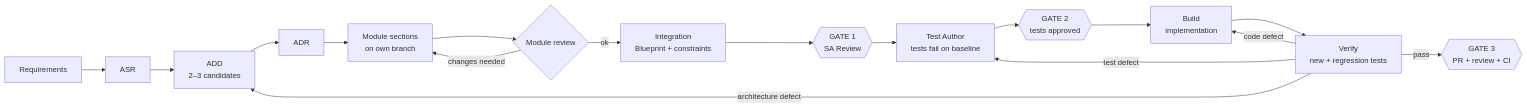
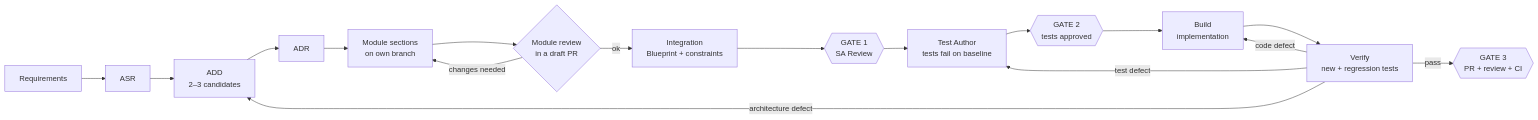
The diagram in Prompt.md (Requirements-Strike-Team-RST/Open_Deepsearch_ULTRA), drawn with Mermaid before and after one commit. The commit also changed other lines of this file, not shown here.

First line of the commit message:
docs: review module branches in draft PRs and integrate them with git merge

````diff
--- a/Prompt.md
+++ b/Prompt.md
@@ -33,13 +33,13 @@
 ```mermaid
 flowchart LR
   R["Requirements"] --> ASR["ASR"] --> ADD["ADD<br/>2–3 candidates"] --> ADR["ADR"]
-  ADR --> M["Module sections<br/>on own branch"] --> MR{"Module review"}
+  ADR --> M["Module sections<br/>on own branch"] --> MR{"Module review<br/>in a draft PR"}
   MR -->|"changes needed"| M
   MR -->|ok| I["Integration<br/>Blueprint + constraints"] --> G1{{"GATE 1<br/>SA Review"}}
   G1 --> T["Test Author<br/>tests fail on baseline"] --> G2{{"GATE 2<br/>tests approved"}}
   G2 --> B["Build<br/>implementation"] --> V["Verify<br/>new + regression tests"]
   V -->|"test defect"| T
   V -->|"code defect"| B
   V -->|"architecture defect"| ADD
   V -->|pass| G3{{"GATE 3<br/>PR + review + CI"}}
 ```
````
